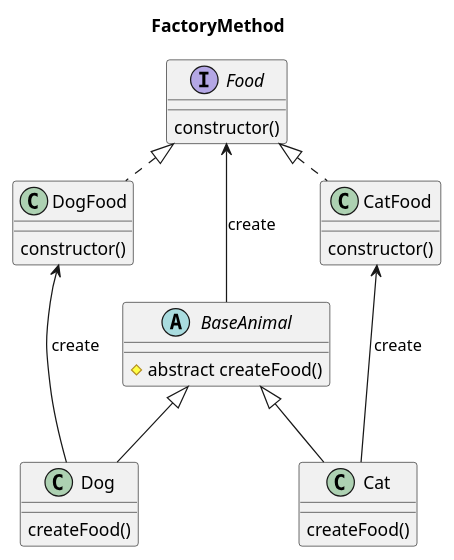
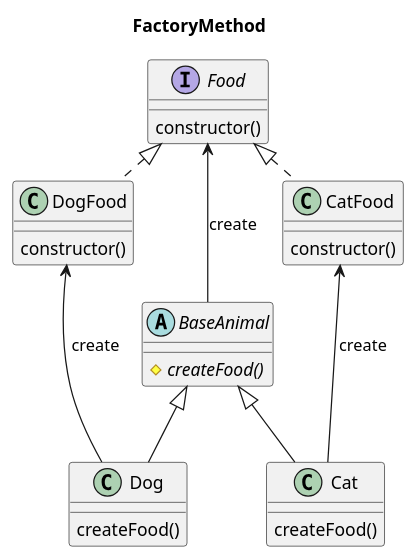
Before and after one commit to MasafumiSekihata/studyDesignPatterns: the first of 7 diagrams in designPattern.md, drawn with PlantUML. The commit also changed other lines of this file, not shown here.

````diff
--- a/designPattern.md
+++ b/designPattern.md
@@ -57,34 +58,34 @@
 ```plantuml
 @startuml
 title FactoryMethod
 interface "Food" as Food {
     constructor()
 }
 class "DogFood" as DogFood {
     constructor()
 }
 class "CatFood" as CatFood {
     constructor()
 }
 abstract "BaseAnimal" as BaseAnimal {
-    #abstract createFood()
+    #{abstract} createFood()
 }
 class "Dog" as Dog {
     createFood()
 }
 class "Cat" as Cat {
     createFood()
 }
 
 Food <|. DogFood
 Food <|. CatFood
 
 BaseAnimal <|-- Dog
 BaseAnimal <|-- Cat
 
 Food <-- BaseAnimal:create
 DogFood <-- Dog:create
 CatFood <-- Cat:create
 
 @enduml
 ```
````
